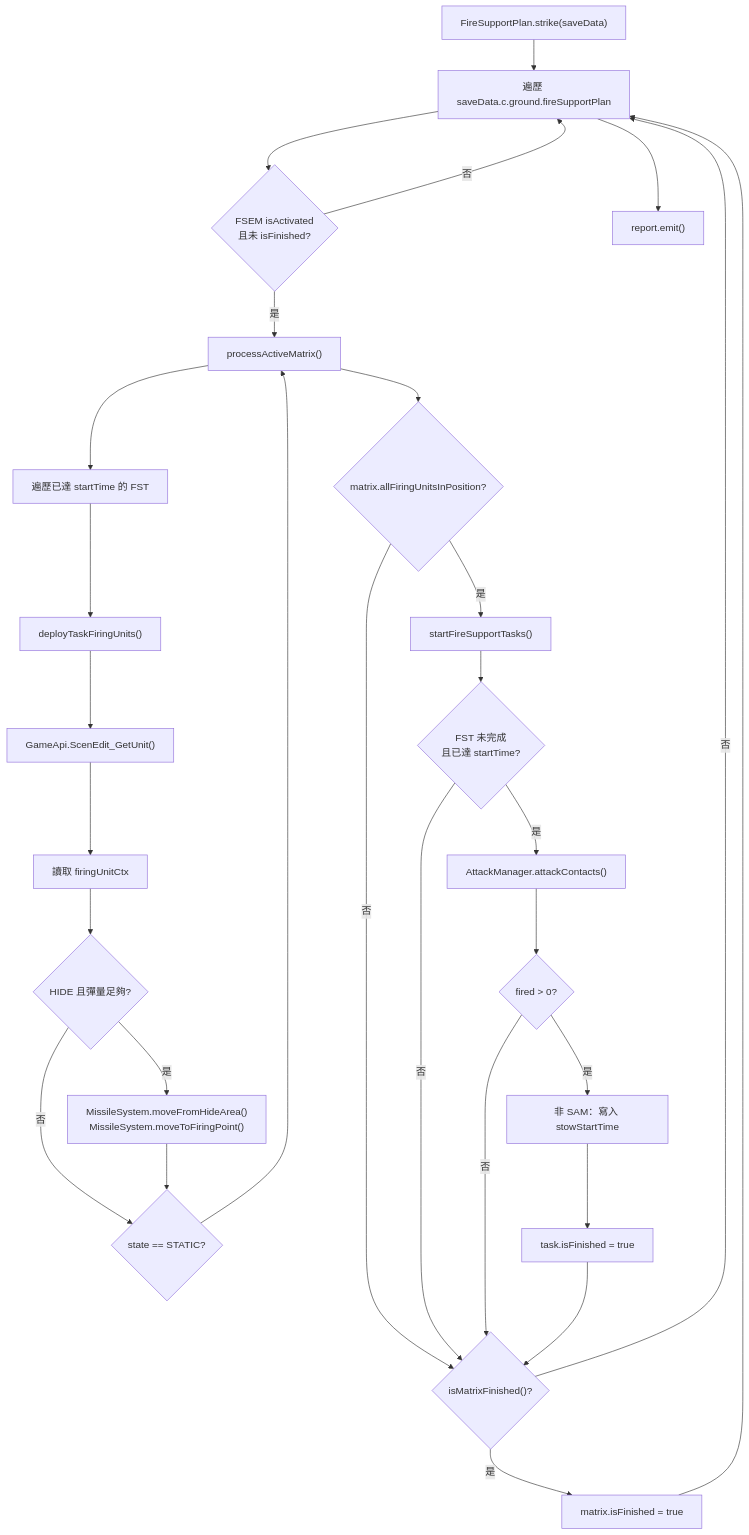
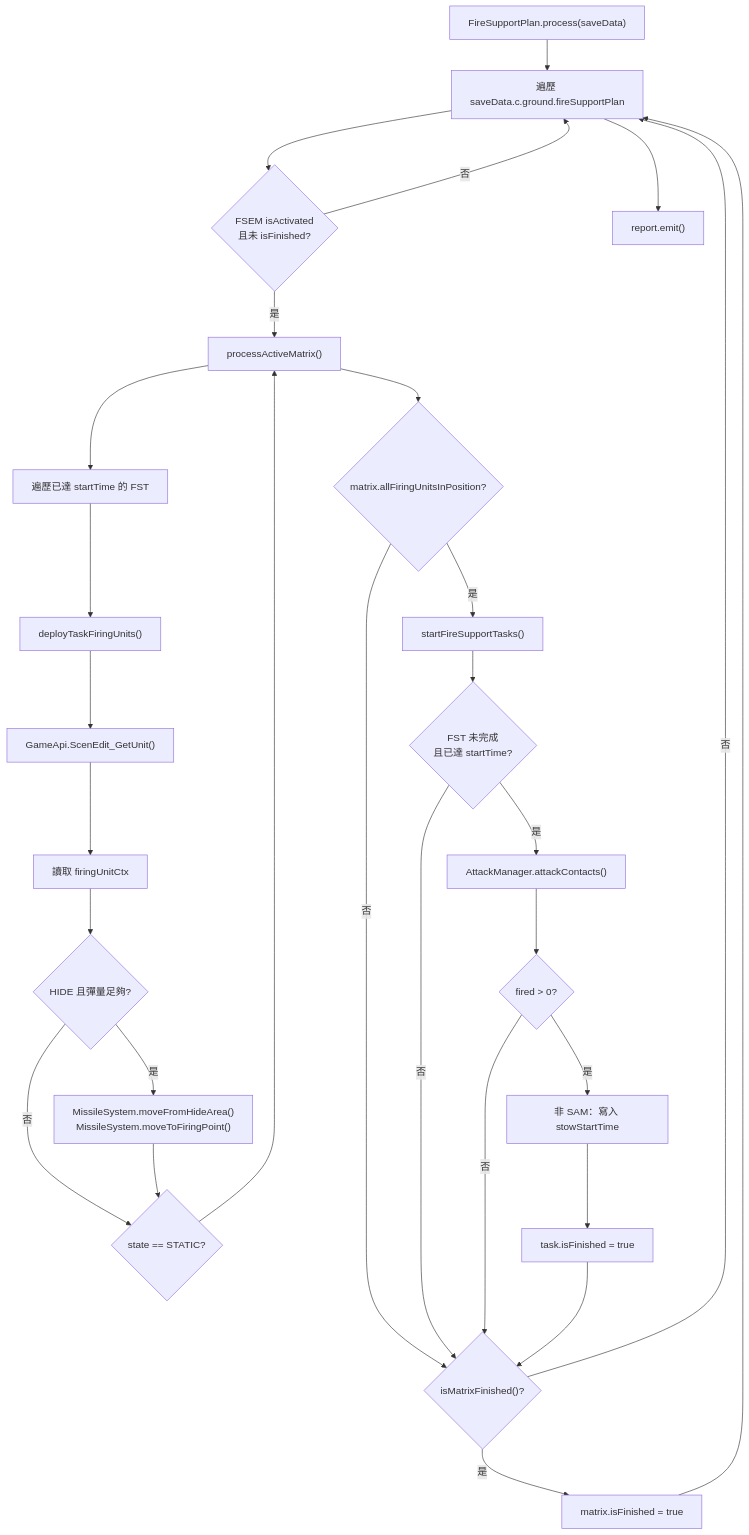
The diagram in docs/strikePlanner/fireSupportPlan.md (pullupjumper/formosa-in-flames), drawn with Mermaid before and after one commit. The commit also changed other lines of this file and 21 other files, not shown here.

````diff
--- a/docs/strikePlanner/fireSupportPlan.md
+++ b/docs/strikePlanner/fireSupportPlan.md
@@ -112,53 +112,53 @@
 ```mermaid
 flowchart TD
-    START["FireSupportPlan.strike(saveData)"]
+    START["FireSupportPlan.process(saveData)"]
     LOOP["遍歷 saveData.c.ground.fireSupportPlan"]
     ACTIVE{"FSEM isActivated<br/>且未 isFinished?"}
     PROCESS["processActiveMatrix()"]
     DEPLOY_TASK["遍歷已達 startTime 的 FST"]
     DEPLOY_UNIT["deployTaskFiringUnits()"]
     GET_UNIT["GameApi.ScenEdit_GetUnit()"]
     GET_CTX["讀取 firingUnitCtx"]
     READY{"HIDE 且彈量足夠?"}
     MOVE["MissileSystem.moveFromHideArea()<br/>MissileSystem.moveToFiringPoint()"]
     STATIC{"state == STATIC?"}
     ALL_READY{"matrix.allFiringUnitsInPosition?"}
     EXECUTE["startFireSupportTasks()"]
     TASK_READY{"FST 未完成<br/>且已達 startTime?"}
     ATTACK["AttackManager.attackContacts()"]
     FIRED{"fired > 0?"}
     STOW["非 SAM：寫入 stowStartTime"]
     TASK_DONE["task.isFinished = true"]
     MATRIX_DONE{"isMatrixFinished()?"}
     FINISH["matrix.isFinished = true"]
     LOG["report.emit()"]
 
     START --> LOOP
     LOOP --> ACTIVE
     ACTIVE -->|否| LOOP
     ACTIVE -->|是| PROCESS
     PROCESS --> DEPLOY_TASK
     DEPLOY_TASK --> DEPLOY_UNIT
     DEPLOY_UNIT --> GET_UNIT
     GET_UNIT --> GET_CTX
     GET_CTX --> READY
     READY -->|是| MOVE
     READY -->|否| STATIC
     MOVE --> STATIC
     STATIC --> PROCESS
     PROCESS --> ALL_READY
     ALL_READY -->|是| EXECUTE
     ALL_READY -->|否| MATRIX_DONE
     EXECUTE --> TASK_READY
     TASK_READY -->|是| ATTACK
     TASK_READY -->|否| MATRIX_DONE
     ATTACK --> FIRED
     FIRED -->|是| STOW
     FIRED -->|否| MATRIX_DONE
     STOW --> TASK_DONE
     TASK_DONE --> MATRIX_DONE
     MATRIX_DONE -->|是| FINISH
     MATRIX_DONE -->|否| LOOP
     FINISH --> LOOP
     LOOP --> LOG
 ```
````
